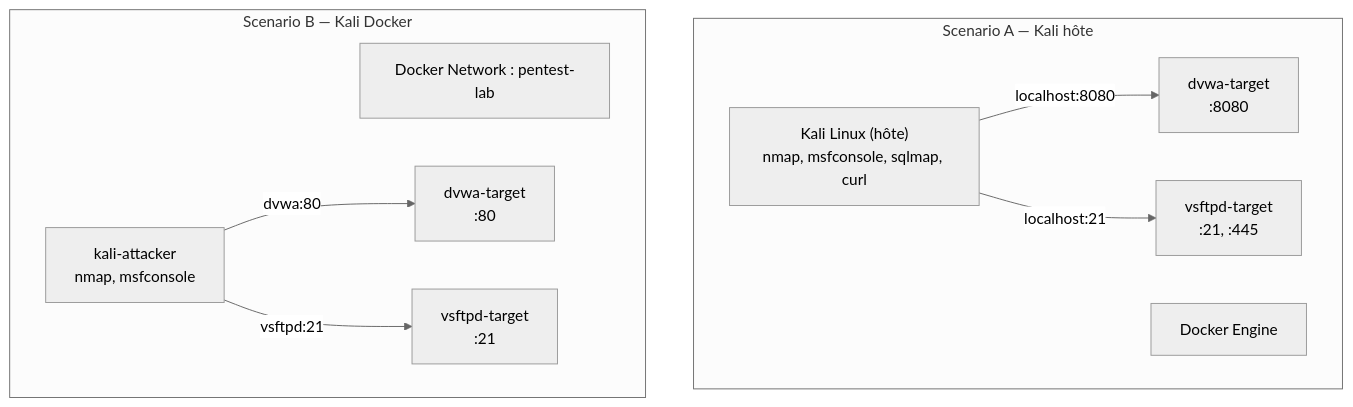
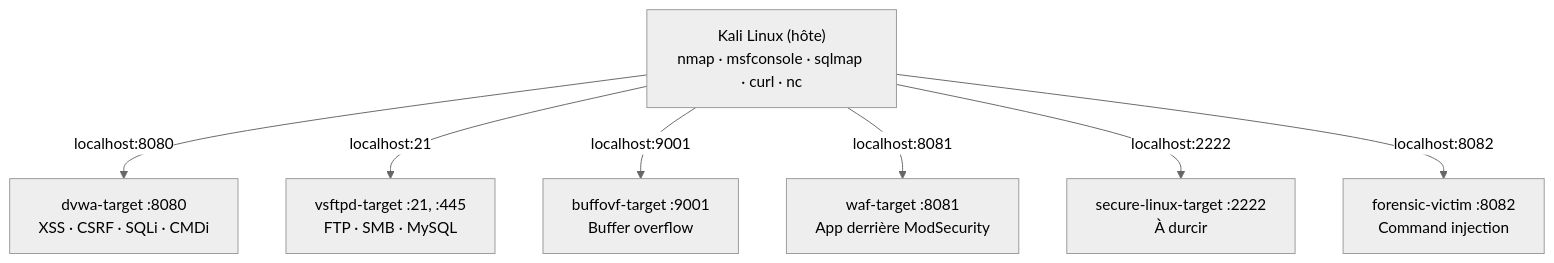
One commit to yugmerabtene/techniques-de-hacking-niveau-1 changed the first of 4 diagrams in JOUR-01.md. Above: the diagram before and after it, drawn with Mermaid (neutral theme). The commit also changed other lines of this file and 12 other files, not shown here.

````diff
--- a/JOUR-01.md
+++ b/JOUR-01.md
@@ -83,20 +52,16 @@
 ```mermaid
 flowchart TB
-    subgraph SCENARIO_A["Scenario A — Kali hôte"]
-        KALI_HOST["Kali Linux (hôte)<br/>nmap, msfconsole, sqlmap, curl"]
-        DOCKER_HOST["Docker Engine"]
-        DVWA_A["dvwa-target<br/>:8080"]
-        VSFTPD_A["vsftpd-target<br/>:21, :445"]
-        KALI_HOST -->|"localhost:8080"| DVWA_A
-        KALI_HOST -->|"localhost:21"| VSFTPD_A
-    end
-
-    subgraph SCENARIO_B["Scenario B — Kali Docker"]
-        NET["Docker Network : pentest-lab"]
-        KALI_DOCKER["kali-attacker<br/>nmap, msfconsole"]
-        DVWA_B["dvwa-target<br/>:80"]
-        VSFTPD_B["vsftpd-target<br/>:21"]
-        KALI_DOCKER -->|"dvwa:80"| DVWA_B
-        KALI_DOCKER -->|"vsftpd:21"| VSFTPD_B
-    end
+    KALI["Kali Linux (hôte)<br/>nmap · msfconsole · sqlmap · curl · nc"]
+    DVWA["dvwa-target :8080<br/>XSS · CSRF · SQLi · CMDi"]
+    VSFTPD["vsftpd-target :21, :445<br/>FTP · SMB · MySQL"]
+    BOF["buffovf-target :9001<br/>Buffer overflow"]
+    WAF["waf-target :8081<br/>App derrière ModSecurity"]
+    SECLINUX["secure-linux-target :2222<br/>À durcir"]
+    FORENSIC["forensic-victim :8082<br/>Command injection"]
+    KALI -->|"localhost:8080"| DVWA
+    KALI -->|"localhost:21"| VSFTPD
+    KALI -->|"localhost:9001"| BOF
+    KALI -->|"localhost:8081"| WAF
+    KALI -->|"localhost:2222"| SECLINUX
+    KALI -->|"localhost:8082"| FORENSIC
 ```
````
